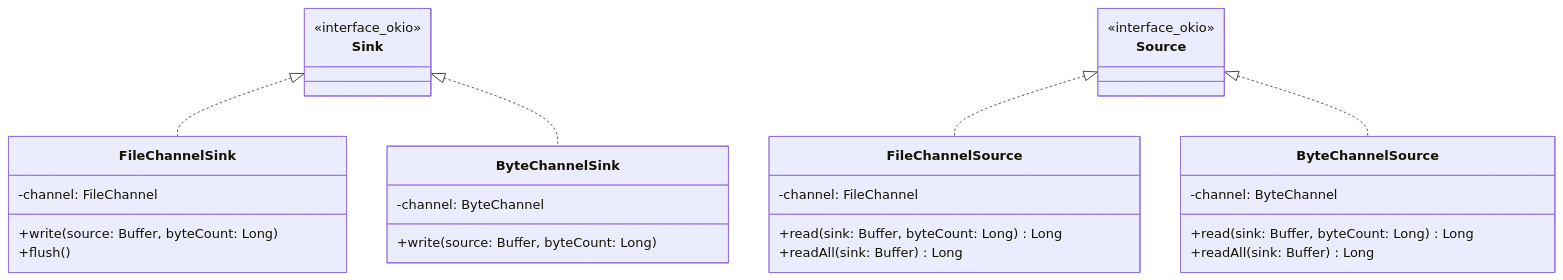
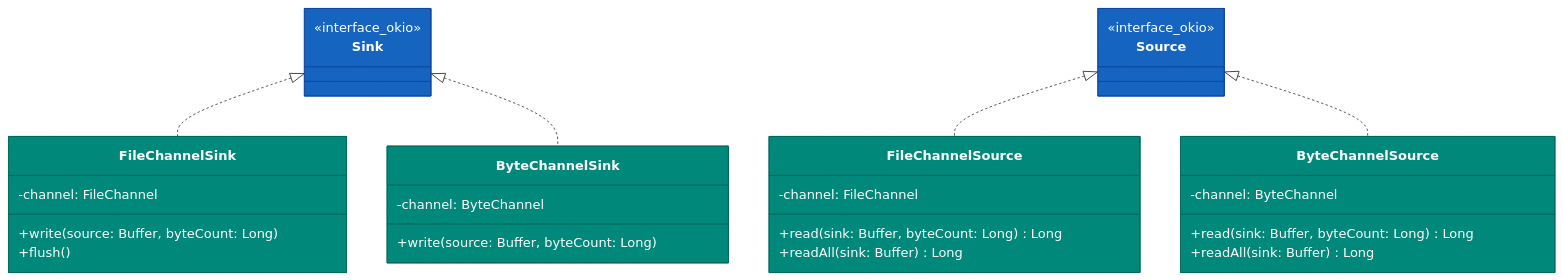
The second of 9 diagrams in io/okio/README.md (bluetape4k/bluetape4k-projects), drawn with Mermaid before and after one commit. The commit also changed other lines of this file and 221 other files, not shown here.

First line of the commit message:
docs: 전체 모듈 README UML 다이어그램 보강 및 색상 업그레이드

````diff
--- a/io/okio/README.md
+++ b/io/okio/README.md
@@ -362,38 +380,44 @@
 ```mermaid
 classDiagram
     class Sink {
         <<interface_okio>>
     }
     class Source {
         <<interface_okio>>
     }
 
     class FileChannelSink {
         -channel: FileChannel
         +write(source: Buffer, byteCount: Long)
         +flush()
     }
 
     class FileChannelSource {
         -channel: FileChannel
         +read(sink: Buffer, byteCount: Long) Long
         +readAll(sink: Buffer) Long
     }
 
     class ByteChannelSink {
         -channel: ByteChannel
         +write(source: Buffer, byteCount: Long)
     }
 
     class ByteChannelSource {
         -channel: ByteChannel
         +read(sink: Buffer, byteCount: Long) Long
         +readAll(sink: Buffer) Long
     }
 
     Sink <|.. FileChannelSink
     Sink <|.. ByteChannelSink
     Source <|.. FileChannelSource
     Source <|.. ByteChannelSource
 
+    style Sink fill:#1565C0,stroke:#0D47A1,color:#FFFFFF
+    style Source fill:#1565C0,stroke:#0D47A1,color:#FFFFFF
+    style FileChannelSink fill:#00897B,stroke:#00695C,color:#FFFFFF
+    style FileChannelSource fill:#00897B,stroke:#00695C,color:#FFFFFF
+    style ByteChannelSink fill:#00897B,stroke:#00695C,color:#FFFFFF
+    style ByteChannelSource fill:#00897B,stroke:#00695C,color:#FFFFFF
 ```
````
